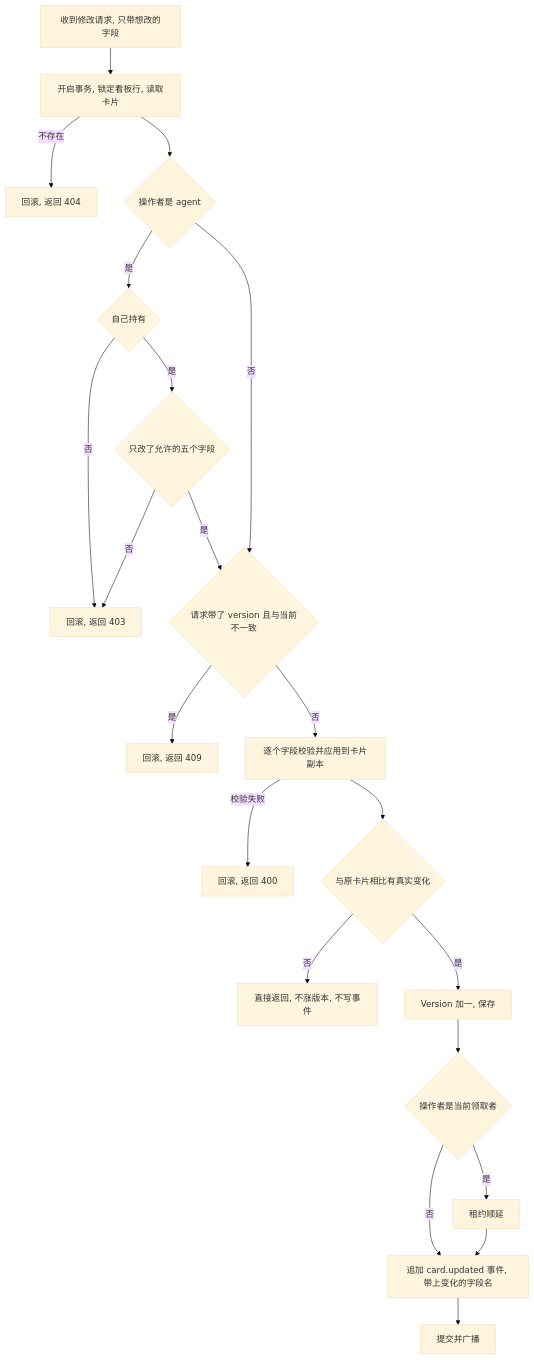
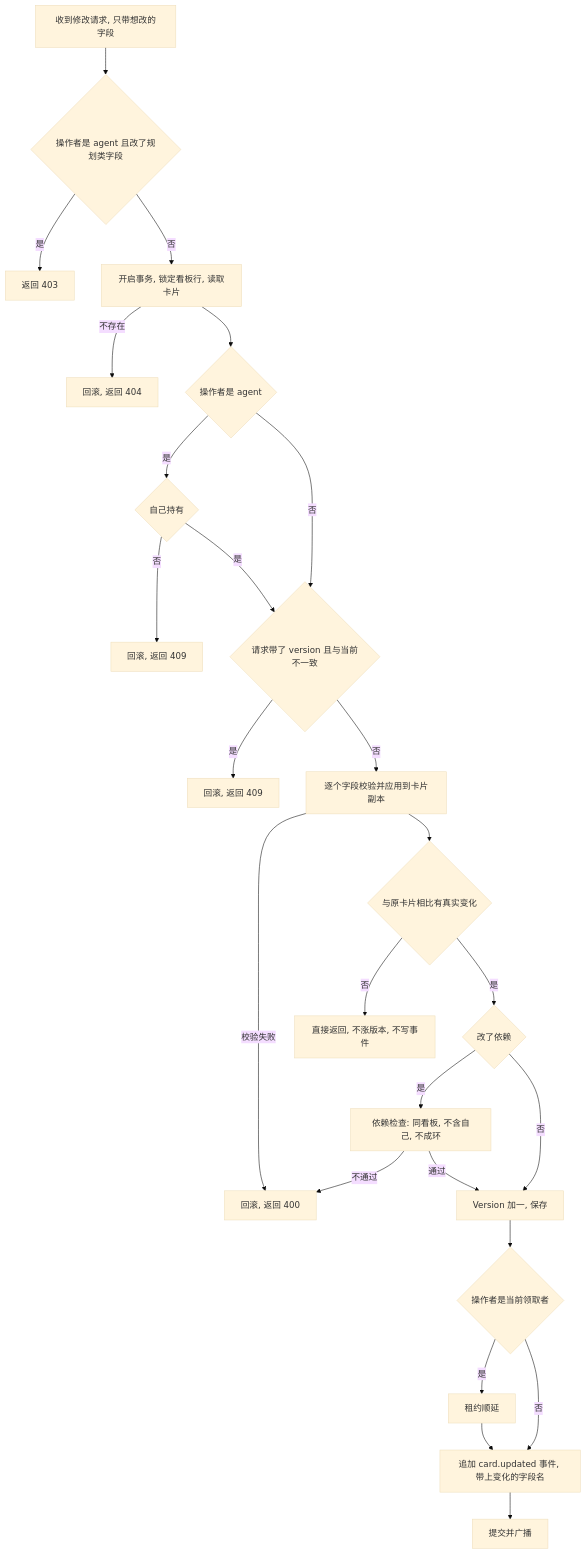
One commit to ixugo/slate-kanban changed the second of 4 diagrams in .cursor/scopes/kanban.card.go.md. Above: the diagram before and after it, drawn with Mermaid (base theme). The commit also changed other lines of this file and 1 other file, not shown here.

````diff
--- a/.cursor/scopes/kanban.card.go.md
+++ b/.cursor/scopes/kanban.card.go.md
@@ -94,23 +96,27 @@
 ```mermaid
 flowchart TD
-    A[收到修改请求, 只带想改的字段] --> B[开启事务, 锁定看板行, 读取卡片]
+    A[收到修改请求, 只带想改的字段] --> A1{操作者是 agent 且改了规划类字段}
+    A1 -->|是| Z2[返回 403]
+    A1 -->|否| B[开启事务, 锁定看板行, 读取卡片]
     B -->|不存在| Z1[回滚, 返回 404]
     B --> C{操作者是 agent}
     C -->|是| D{自己持有}
-    D -->|否| Z2[回滚, 返回 403]
-    D -->|是| E{只改了允许的五个字段}
-    E -->|否| Z2
-    E -->|是| F
+    D -->|否| Z5[回滚, 返回 409]
+    D -->|是| F
     C -->|否| F{请求带了 version 且与当前不一致}
     F -->|是| Z3[回滚, 返回 409]
     F -->|否| G[逐个字段校验并应用到卡片副本]
     G -->|校验失败| Z4[回滚, 返回 400]
     G --> H{与原卡片相比有真实变化}
     H -->|否| I[直接返回, 不涨版本, 不写事件]
-    H -->|是| J[Version 加一, 保存]
+    H -->|是| H2{改了依赖}
+    H2 -->|是| H3[依赖检查: 同看板, 不含自己, 不成环]
+    H3 -->|不通过| Z4
+    H3 -->|通过| J
+    H2 -->|否| J[Version 加一, 保存]
     J --> K{操作者是当前领取者}
     K -->|是| L[租约顺延]
     K -->|否| M
     L --> M[追加 card.updated 事件, 带上变化的字段名]
     M --> N[提交并广播]
 ```
````
